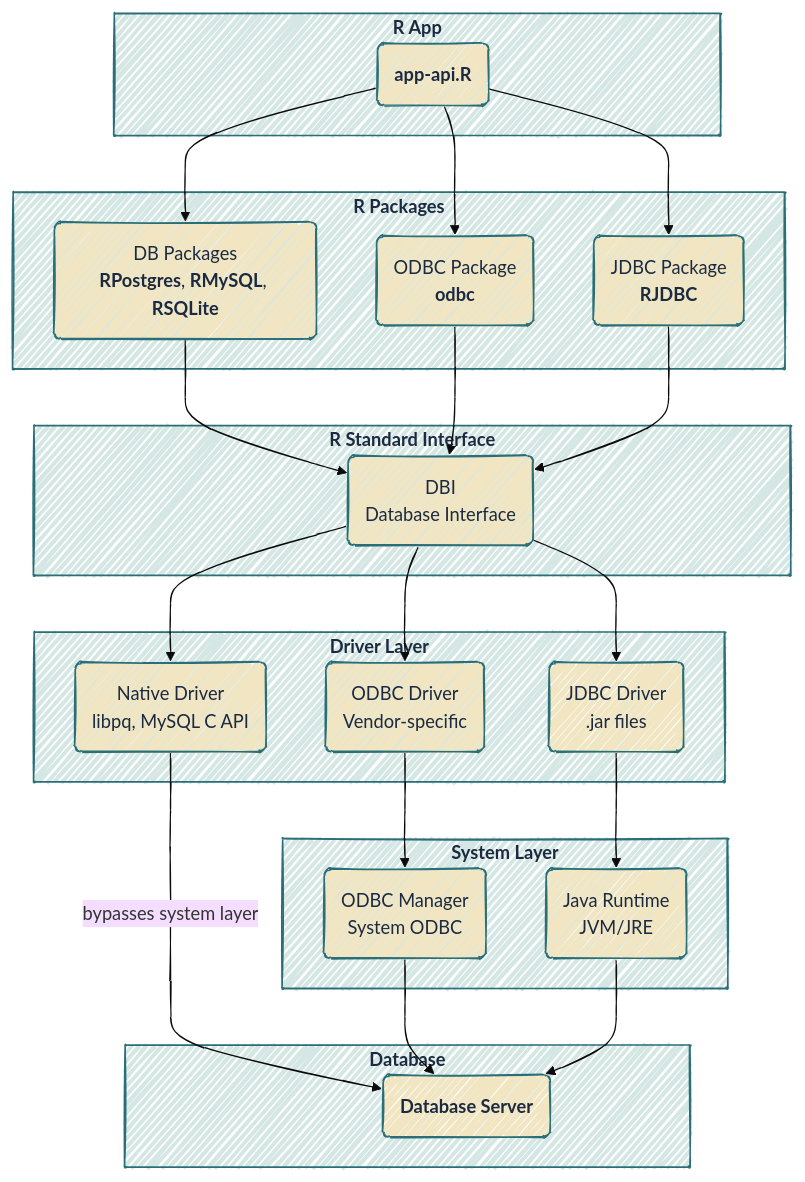
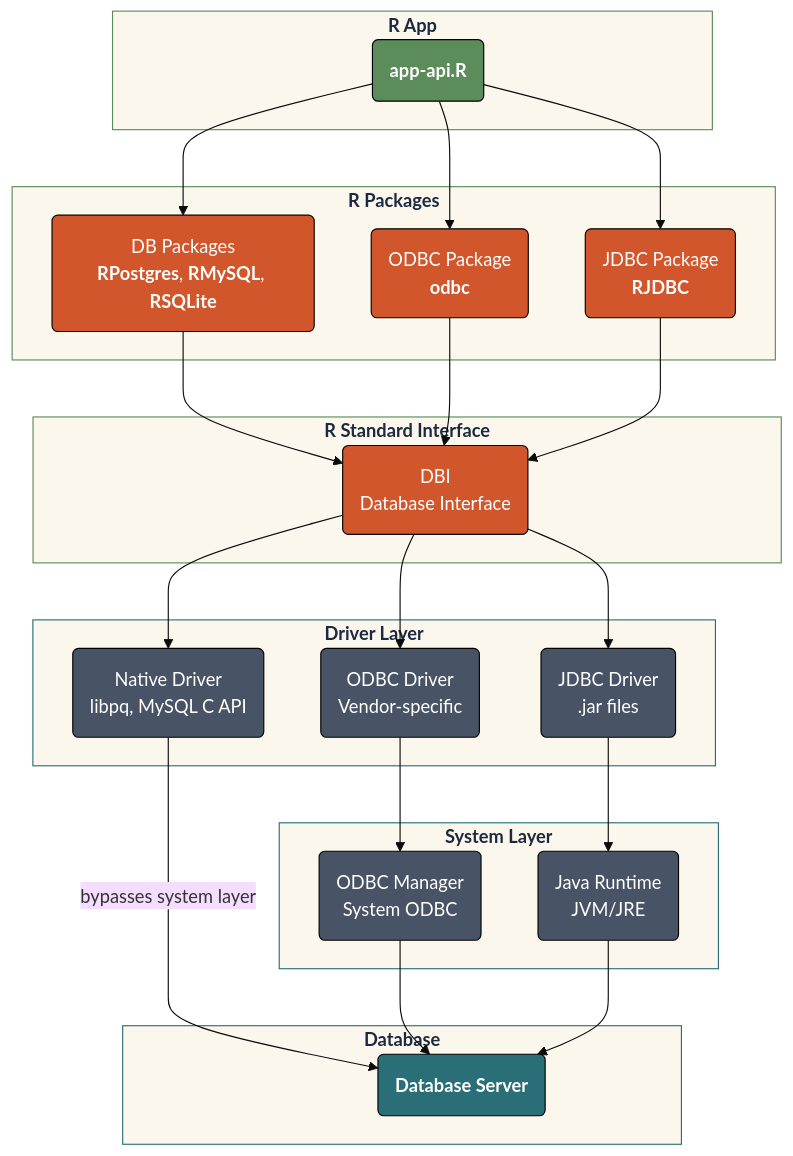
The second of 6 diagrams in lab03.qmd (mjfrigaard/do4ds-labs), drawn with Mermaid before and after one commit. The commit also changed other lines of this file and 48 other files, not shown here.

````diff
--- a/lab03.qmd
+++ b/lab03.qmd
@@ -125,7 +134,7 @@
 ```{mermaid}
 %%| fig-cap: 'R Database Connection Pathways'
-%%| fig-align: center
-%%{init: {'theme': 'base', 'look': 'handDrawn', 'themeVariables': {'fontFamily': 'monospace'}}}%%
+%%| fig-align: 'center'
+%%{init: {'theme': 'base', 'themeVariables': {'fontFamily': 'monospace'}}}%%
 
 graph TB
     subgraph RApp["<strong>R App</strong>"]
@@ -188,12 +197,22 @@
     E --> H
     H --> J
     J --> K
-    classDef default fill:#F2E6C2,stroke:#2A6F77,color:#1B2A41
-    style RApp fill:#d4e7e4,stroke:#2A6F77,color:#1B2A41
-    style RPkgs fill:#d4e7e4,stroke:#2A6F77,color:#1B2A41
-    style DBI fill:#d4e7e4,stroke:#2A6F77,color:#1B2A41
-    style Driver fill:#d4e7e4,stroke:#2A6F77,color:#1B2A41
-    style System fill:#d4e7e4,stroke:#2A6F77,color:#1B2A41
-    style DB fill:#d4e7e4,stroke:#2A6F77,color:#1B2A41
+    style RApp fill:#fbf7ec,stroke:#5B8C5A,color:#1B2A41
+    style RPkgs fill:#fbf7ec,stroke:#5B8C5A,color:#1B2A41
+    style DBI fill:#fbf7ec,stroke:#5B8C5A,color:#1B2A41
+    style Driver fill:#fbf7ec,stroke:#2A6F77,color:#1B2A41
+    style System fill:#fbf7ec,stroke:#2A6F77,color:#1B2A41
+    style DB fill:#fbf7ec,stroke:#2A6F77,color:#1B2A41
+    style A fill:#5B8C5A,stroke:#000000,stroke-width:1px,color:#ffffff
+    style B fill:#D2562B,stroke:#000000,stroke-width:1px,color:#ffffff
+    style C fill:#D2562B,stroke:#000000,stroke-width:1px,color:#ffffff
+    style D fill:#D2562B,stroke:#000000,stroke-width:1px,color:#ffffff
+    style E fill:#D2562B,stroke:#000000,stroke-width:1px,color:#ffffff
+    style F fill:#485466,stroke:#000000,stroke-width:1px,color:#ffffff
+    style G fill:#485466,stroke:#000000,stroke-width:1px,color:#ffffff
+    style H fill:#485466,stroke:#000000,stroke-width:1px,color:#ffffff
+    style I fill:#485466,stroke:#000000,stroke-width:1px,color:#ffffff
+    style J fill:#485466,stroke:#000000,stroke-width:1px,color:#ffffff
+    style K fill:#2A6F77,stroke:#000000,stroke-width:1px,color:#ffffff
     
 ```
````
